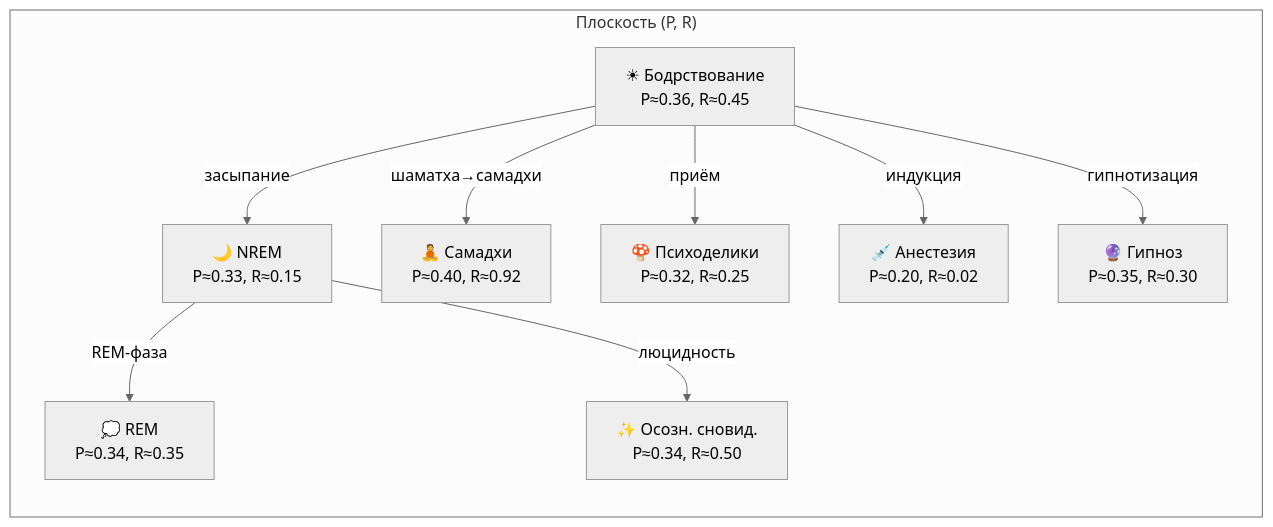
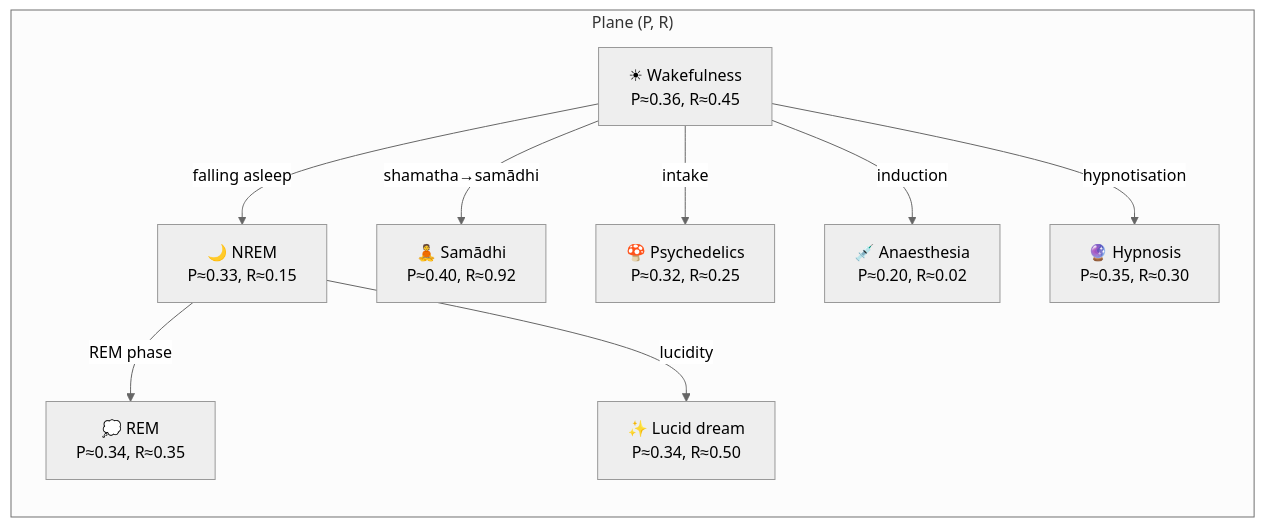
One commit to gst-st/uhm changed the first of 2 diagrams in website/docs/consciousness/states/altered-states.md. Above: the diagram before and after it, drawn with Mermaid (neutral theme). The commit also changed other lines of this file and 79 other files, not shown here.

````diff
--- a/website/docs/consciousness/states/altered-states.md
+++ b/website/docs/consciousness/states/altered-states.md
@@ -106,21 +106,21 @@
 ```mermaid
 graph LR
-    subgraph PR["Плоскость (P, R)"]
+    subgraph PR["Plane (P, R)"]
         direction TB
-        W["☀ Бодрствование<br/>P≈0.36, R≈0.45"]
+        W["☀ Wakefulness<br/>P≈0.36, R≈0.45"]
         NREM["🌙 NREM<br/>P≈0.33, R≈0.15"]
         REM["💭 REM<br/>P≈0.34, R≈0.35"]
-        MED["🧘 Самадхи<br/>P≈0.40, R≈0.92"]
-        PSY["🍄 Психоделики<br/>P≈0.32, R≈0.25"]
-        AN["💉 Анестезия<br/>P≈0.20, R≈0.02"]
-        HYP["🔮 Гипноз<br/>P≈0.35, R≈0.30"]
-        LD["✨ Осозн. сновид.<br/>P≈0.34, R≈0.50"]
+        MED["🧘 Samādhi<br/>P≈0.40, R≈0.92"]
+        PSY["🍄 Psychedelics<br/>P≈0.32, R≈0.25"]
+        AN["💉 Anaesthesia<br/>P≈0.20, R≈0.02"]
+        HYP["🔮 Hypnosis<br/>P≈0.35, R≈0.30"]
+        LD["✨ Lucid dream<br/>P≈0.34, R≈0.50"]
     end
-    W -->|"засыпание"| NREM
-    NREM -->|"REM-фаза"| REM
-    W -->|"шаматха→самадхи"| MED
-    W -->|"приём"| PSY
-    W -->|"индукция"| AN
-    W -->|"гипнотизация"| HYP
-    NREM -->|"люцидность"| LD
+    W -->|"falling asleep"| NREM
+    NREM -->|"REM phase"| REM
+    W -->|"shamatha→samādhi"| MED
+    W -->|"intake"| PSY
+    W -->|"induction"| AN
+    W -->|"hypnotisation"| HYP
+    NREM -->|"lucidity"| LD
 ```
````
